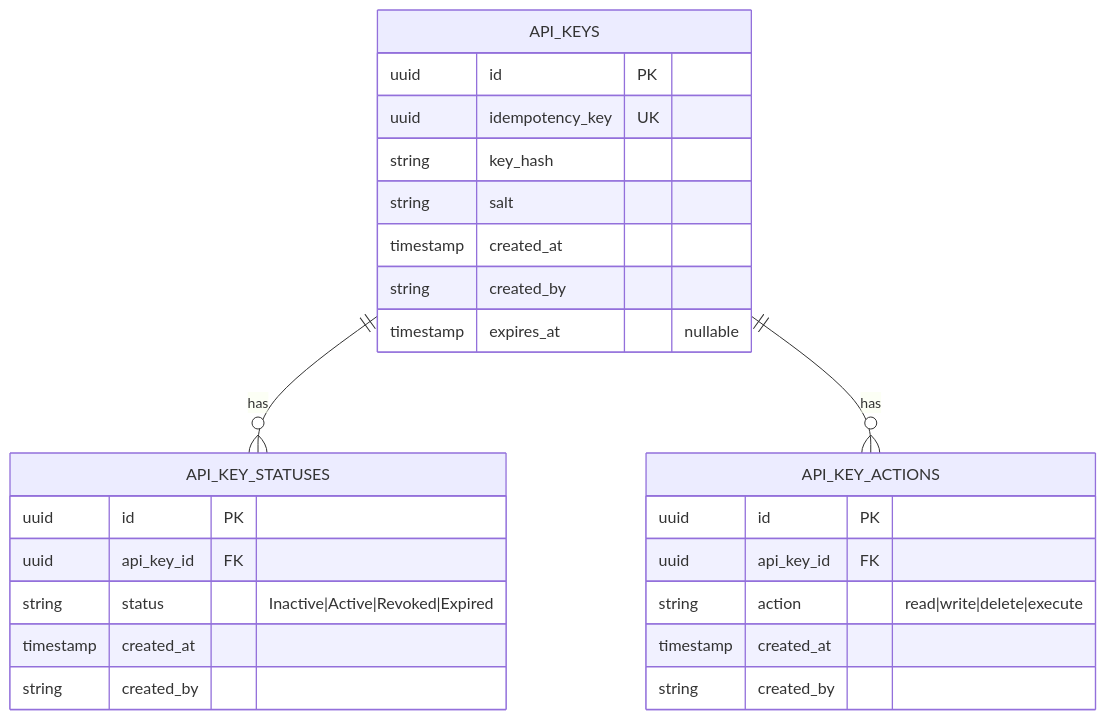
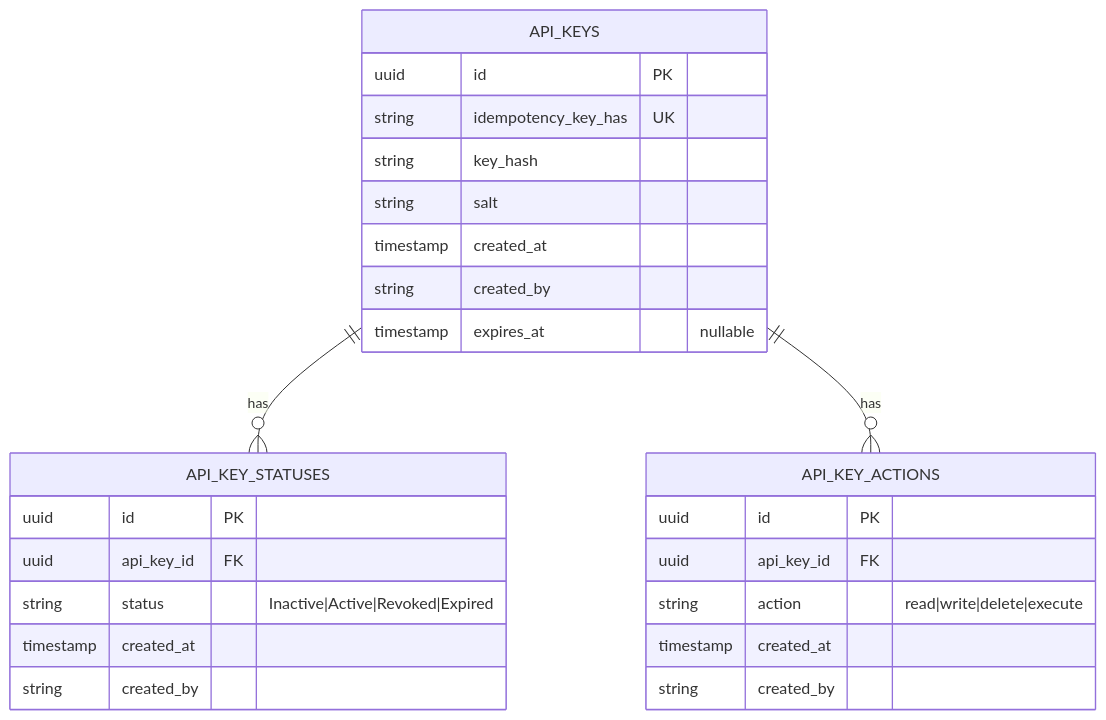
One commit to anthonynoelw/locksmith changed the diagram in Docs/Architecture/database.md. Above: the diagram before and after it, drawn with Mermaid. The commit also changed other lines of this file and 1 other file, not shown here.

Commit message:
docs: update architecture documentation and Docker configuration

````diff
--- a/Docs/Architecture/database.md
+++ b/Docs/Architecture/database.md
@@ -9,31 +9,31 @@
 ```mermaid
 erDiagram
     API_KEYS ||--o{ API_KEY_STATUSES : has
     API_KEYS ||--o{ API_KEY_ACTIONS : has
     
     API_KEYS {
         uuid id PK
-        uuid idempotency_key UK
+        string idempotency_key_has UK
         string key_hash
         string salt
         timestamp created_at
         string created_by
         timestamp expires_at "nullable"
     }
     
     API_KEY_STATUSES {
         uuid id PK
         uuid api_key_id FK
         string status "Inactive|Active|Revoked|Expired"
         timestamp created_at
         string created_by
     }
     
     API_KEY_ACTIONS {
         uuid id PK
         uuid api_key_id FK
         string action "read|write|delete|execute"
         timestamp created_at
         string created_by
     }
 ```
````
